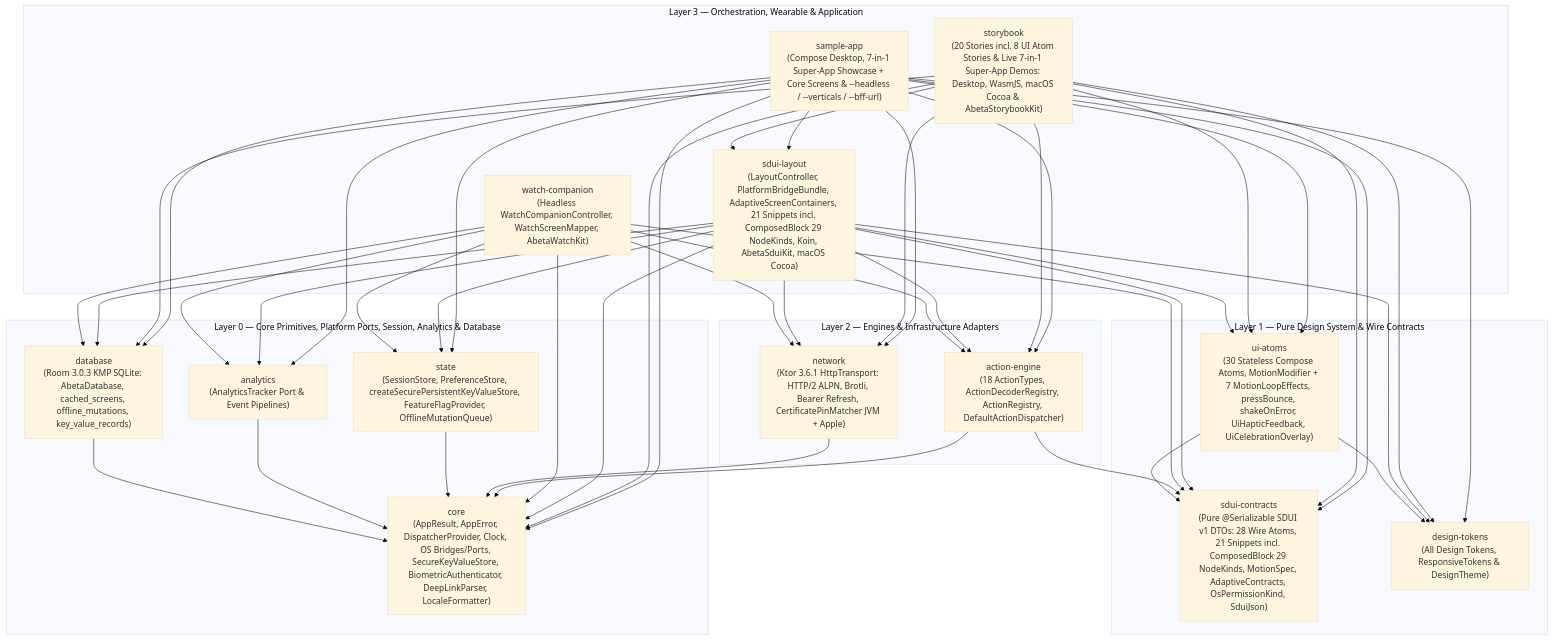
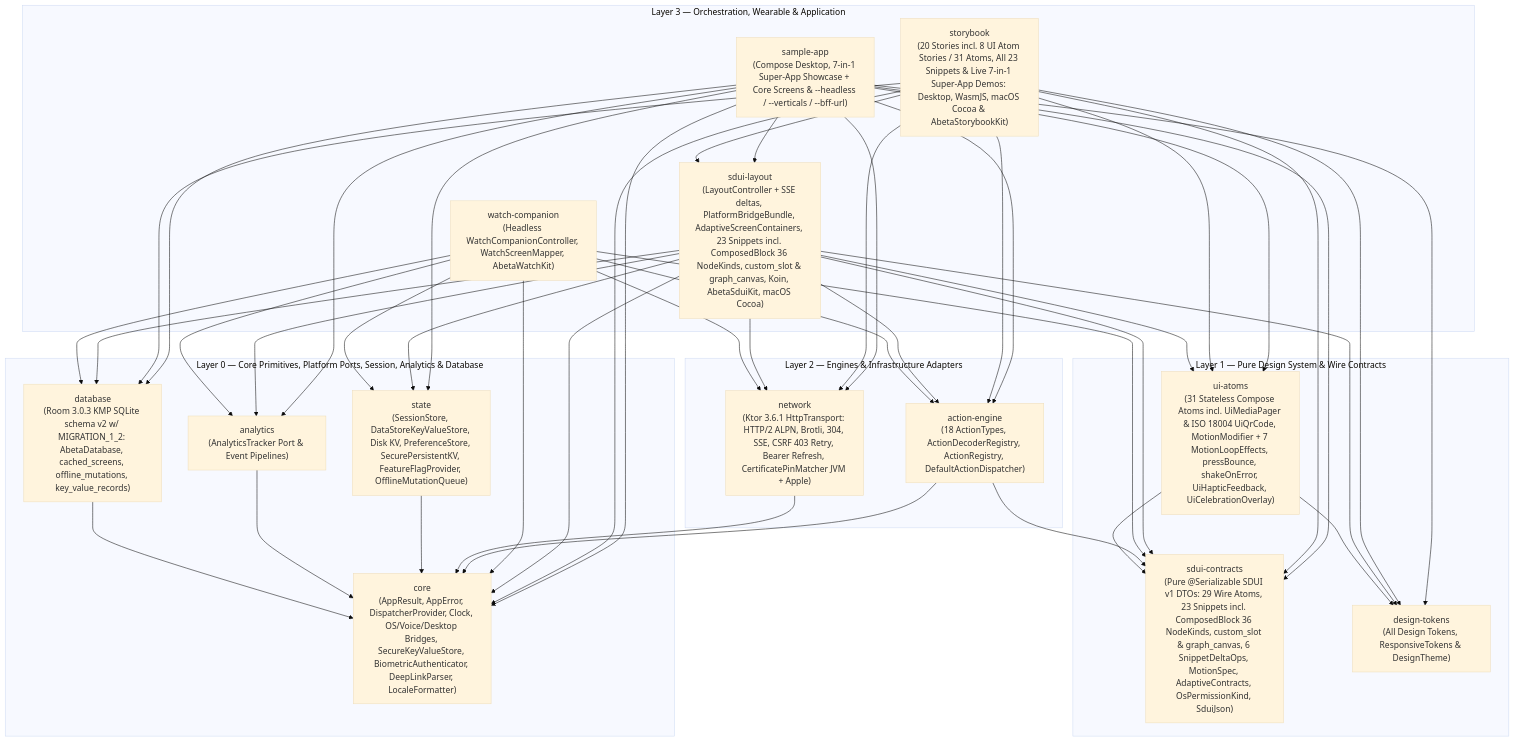
Before and after one commit to Abeta-dev/kmp: the first of 2 diagrams in docs/architecture.md, drawn with Mermaid (base theme). The commit also changed other lines of this file and 314 other files, not shown here.

````diff
--- a/docs/architecture.md
+++ b/docs/architecture.md
@@ -9,77 +9,77 @@
 ```mermaid
 flowchart TB
     subgraph L3["Layer 3 — Orchestration, Wearable & Application"]
-        storybook["storybook\n(20 Stories incl. 8 UI Atom Stories & Live 7-in-1 Super-App Demos: Desktop, WasmJS, macOS Cocoa & AbetaStorybookKit)"]
+        storybook["storybook\n(20 Stories incl. 8 UI Atom Stories / 31 Atoms, All 23 Snippets & Live 7-in-1 Super-App Demos: Desktop, WasmJS, macOS Cocoa & AbetaStorybookKit)"]
         sampleApp["sample-app\n(Compose Desktop, 7-in-1 Super-App Showcase + Core Screens & --headless / --verticals / --bff-url)"]
-        layout["sdui-layout\n(LayoutController, PlatformBridgeBundle, AdaptiveScreenContainers, 21 Snippets incl. ComposedBlock 29 NodeKinds, Koin, AbetaSduiKit, macOS Cocoa)"]
+        layout["sdui-layout\n(LayoutController + SSE deltas, PlatformBridgeBundle, AdaptiveScreenContainers, 23 Snippets incl. ComposedBlock 36 NodeKinds, custom_slot & graph_canvas, Koin, AbetaSduiKit, macOS Cocoa)"]
         watchCompanion["watch-companion\n(Headless WatchCompanionController, WatchScreenMapper, AbetaWatchKit)"]
     end
 
     subgraph L2["Layer 2 — Engines & Infrastructure Adapters"]
         actions["action-engine\n(18 ActionTypes, ActionDecoderRegistry, ActionRegistry, DefaultActionDispatcher)"]
-        network["network\n(Ktor 3.6.1 HttpTransport: HTTP/2 ALPN, Brotli, Bearer Refresh, CertificatePinMatcher JVM + Apple)"]
+        network["network\n(Ktor 3.6.1 HttpTransport: HTTP/2 ALPN, Brotli, 304, SSE, CSRF 403 Retry, Bearer Refresh, CertificatePinMatcher JVM + Apple)"]
     end
 
     subgraph L1["Layer 1 — Pure Design System & Wire Contracts"]
-        uiAtoms["ui-atoms\n(30 Stateless Compose Atoms, MotionModifier + 7 MotionLoopEffects, pressBounce, shakeOnError, UiHapticFeedback, UiCelebrationOverlay)"]
-        sduiContracts["sdui-contracts\n(Pure @Serializable SDUI v1 DTOs: 28 Wire Atoms, 21 Snippets incl. ComposedBlock 29 NodeKinds, MotionSpec, AdaptiveContracts, OsPermissionKind, SduiJson)"]
+        uiAtoms["ui-atoms\n(31 Stateless Compose Atoms incl. UiMediaPager & ISO 18004 UiQrCode, MotionModifier + 7 MotionLoopEffects, pressBounce, shakeOnError, UiHapticFeedback, UiCelebrationOverlay)"]
+        sduiContracts["sdui-contracts\n(Pure @Serializable SDUI v1 DTOs: 29 Wire Atoms, 23 Snippets incl. ComposedBlock 36 NodeKinds, custom_slot & graph_canvas, 6 SnippetDeltaOps, MotionSpec, AdaptiveContracts, OsPermissionKind, SduiJson)"]
         designTokens["design-tokens\n(All Design Tokens, ResponsiveTokens & DesignTheme)"]
     end
 
     subgraph L0["Layer 0 — Core Primitives, Platform Ports, Session, Analytics & Database"]
-        core["core\n(AppResult, AppError, DispatcherProvider, Clock, OS Bridges/Ports, SecureKeyValueStore, BiometricAuthenticator, DeepLinkParser, LocaleFormatter)"]
-        state["state\n(SessionStore, PreferenceStore, createSecurePersistentKeyValueStore, FeatureFlagProvider, OfflineMutationQueue)"]
+        core["core\n(AppResult, AppError, DispatcherProvider, Clock, OS/Voice/Desktop Bridges, SecureKeyValueStore, BiometricAuthenticator, DeepLinkParser, LocaleFormatter)"]
+        state["state\n(SessionStore, DataStoreKeyValueStore, Disk KV, PreferenceStore, SecurePersistentKV, FeatureFlagProvider, OfflineMutationQueue)"]
         analytics["analytics\n(AnalyticsTracker Port & Event Pipelines)"]
-        database["database\n(Room 3.0.3 KMP SQLite: AbetaDatabase, cached_screens, offline_mutations, key_value_records)"]
+        database["database\n(Room 3.0.3 KMP SQLite schema v2 w/ MIGRATION_1_2: AbetaDatabase, cached_screens, offline_mutations, key_value_records)"]
     end
 
     sampleApp --> layout
     sampleApp --> actions
     sampleApp --> network
     sampleApp --> state
     sampleApp --> analytics
     sampleApp --> database
     sampleApp --> uiAtoms
     sampleApp --> sduiContracts
     sampleApp --> designTokens
     sampleApp --> core
 
     storybook --> layout
     storybook --> actions
     storybook --> network
     storybook --> database
     storybook --> uiAtoms
     storybook --> sduiContracts
     storybook --> designTokens
     storybook --> core
 
     layout --> uiAtoms
     layout --> sduiContracts
     layout --> designTokens
     layout --> actions
     layout --> network
     layout --> state
     layout --> analytics
     layout --> database
     layout --> core
 
     watchCompanion --> actions
     watchCompanion --> network
     watchCompanion --> sduiContracts
     watchCompanion --> state
     watchCompanion --> analytics
     watchCompanion --> database
     watchCompanion --> core
 
     actions --> sduiContracts
     actions --> core
 
     network --> core
 
     uiAtoms --> sduiContracts
     uiAtoms --> designTokens
 
     state --> core
     analytics --> core
     database --> core
 ```
````
